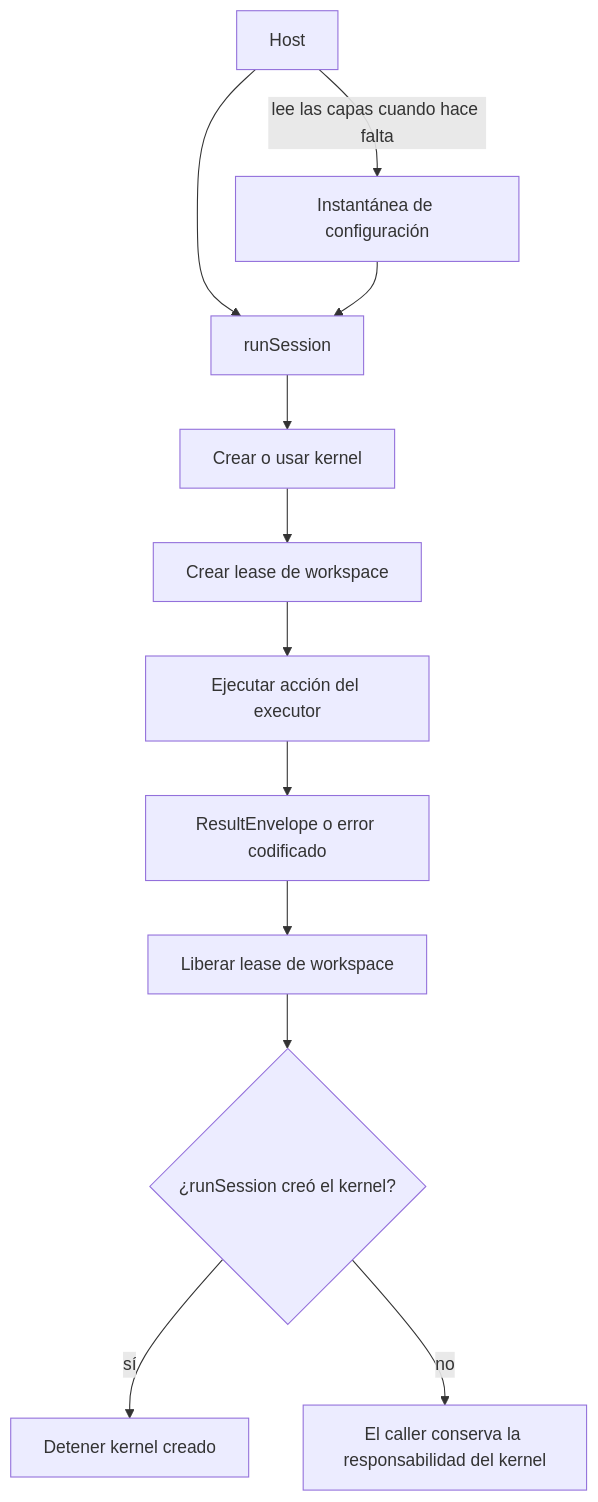
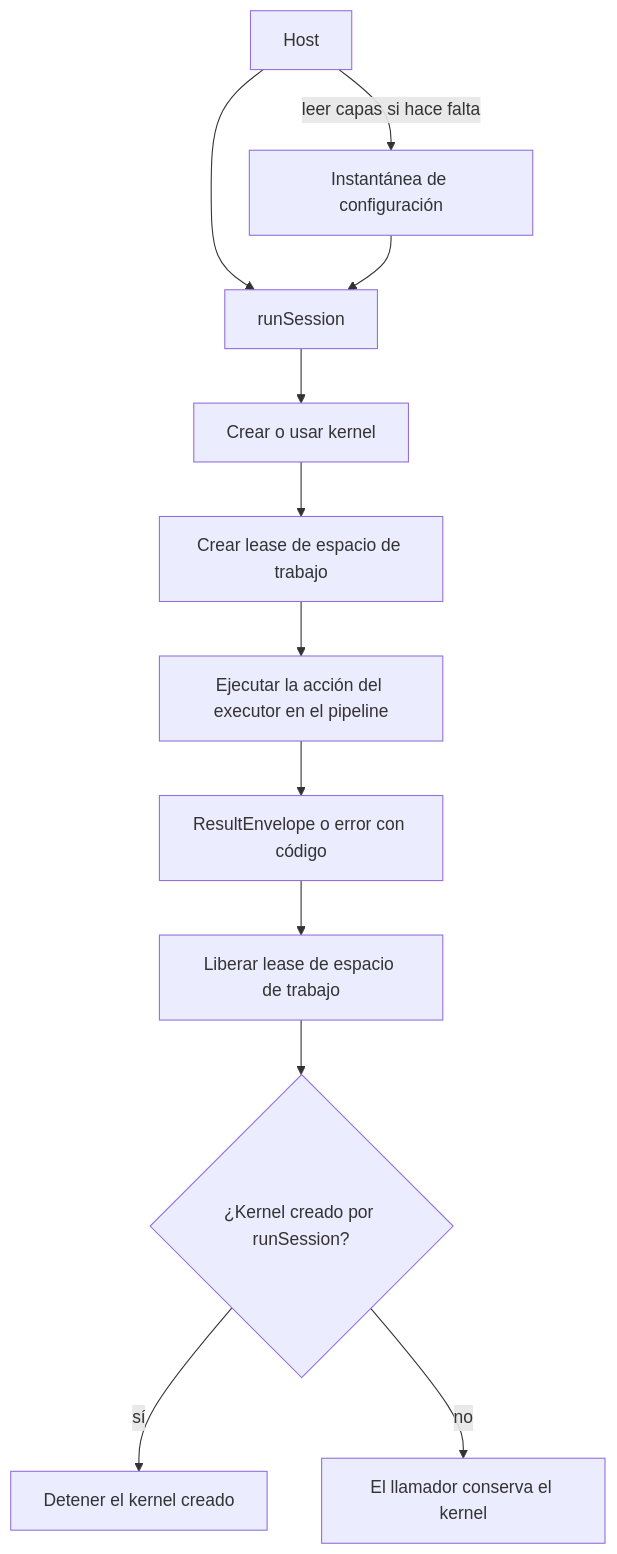
The first of 2 diagrams in docs-site/i18n/es/docusaurus-plugin-content-docs/current/explanation/architecture.md (SKANL/brambo), drawn with Mermaid before and after one commit. The commit also changed other lines of this file and 15 other files, not shown here.

````diff
--- a/docs-site/i18n/es/docusaurus-plugin-content-docs/current/explanation/architecture.md
+++ b/docs-site/i18n/es/docusaurus-plugin-content-docs/current/explanation/architecture.md
@@ -53,16 +50,16 @@
 ```mermaid
 flowchart TD
-  accTitle: Ciclo de vida de una sesión
-  accDescr: El host carga la configuración y llama a runSession, que compone un kernel, crea un lease de workspace, ejecuta una acción del adapter, libera el lease y detiene solo un kernel creado internamente.
-  Host -->|lee las capas cuando hace falta| Config[Instantánea de configuración]
+  accTitle: Ciclo de vida de la sesión
+  accDescr: Un host carga la configuración y llama a runSession, que compone un kernel, toma un lease de espacio de trabajo, ejecuta una acción del adaptador y después libera el lease y detiene solo el kernel creado internamente.
+  Host -->|leer capas si hace falta| Config[Instantánea de configuración]
   Host --> Run[runSession]
   Config --> Run
   Run --> Kernel[Crear o usar kernel]
-  Kernel --> Lease[Crear lease de workspace]
-  Lease --> Action[Ejecutar acción del executor]
-  Action --> Result[ResultEnvelope o error codificado]
-  Result --> Release[Liberar lease de workspace]
-  Release --> Ownership{¿runSession creó el kernel?}
-  Ownership -->|sí| Stop[Detener kernel creado]
-  Ownership -->|no| Caller[El caller conserva la responsabilidad del kernel]
+  Kernel --> Lease[Crear lease de espacio de trabajo]
+  Lease --> Action[Ejecutar la acción del executor en el pipeline]
+  Action --> Result[ResultEnvelope o error con código]
+  Result --> Release[Liberar lease de espacio de trabajo]
+  Release --> Ownership{¿Kernel creado por runSession?}
+  Ownership -->|sí| Stop[Detener el kernel creado]
+  Ownership -->|no| Caller[El llamador conserva el kernel]
 ```
````
